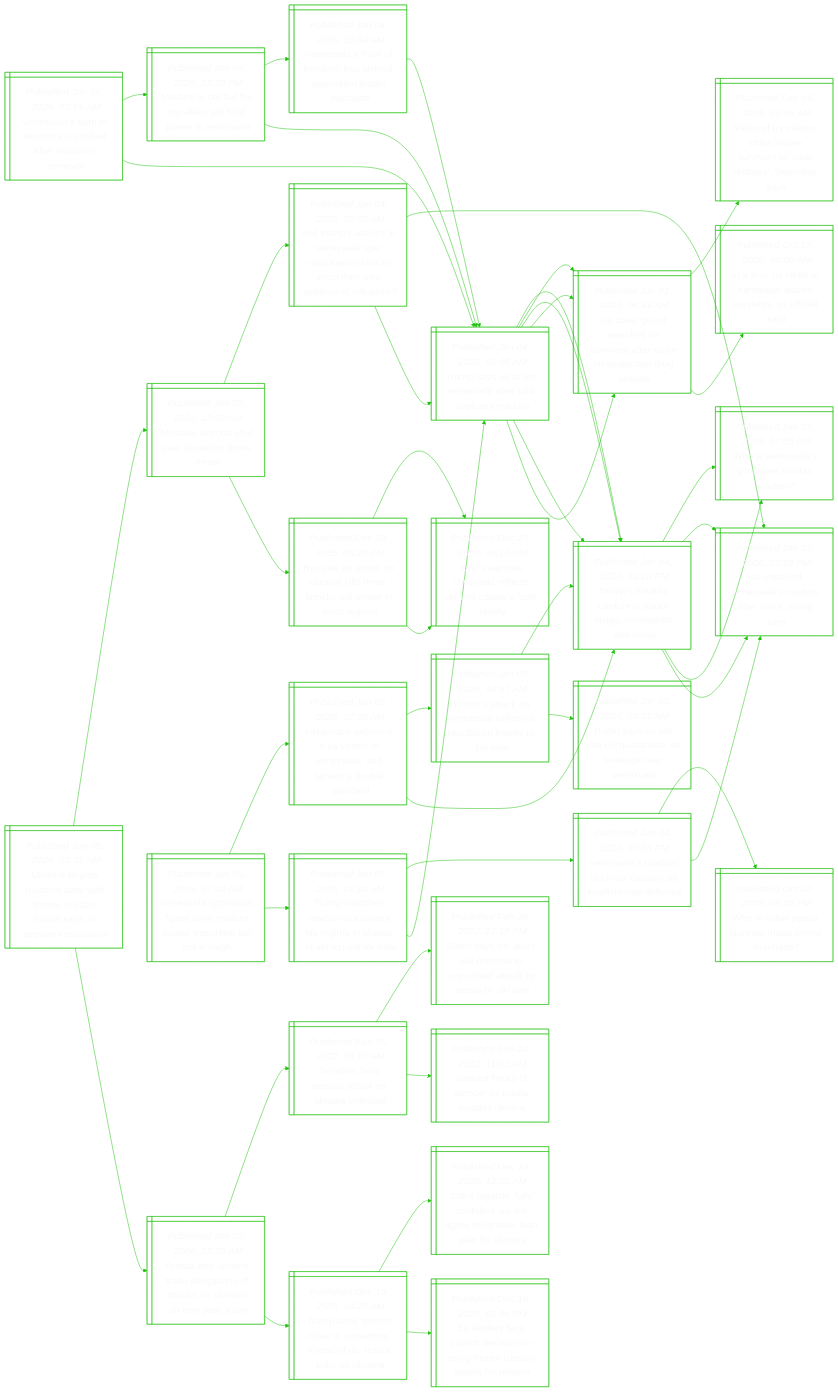
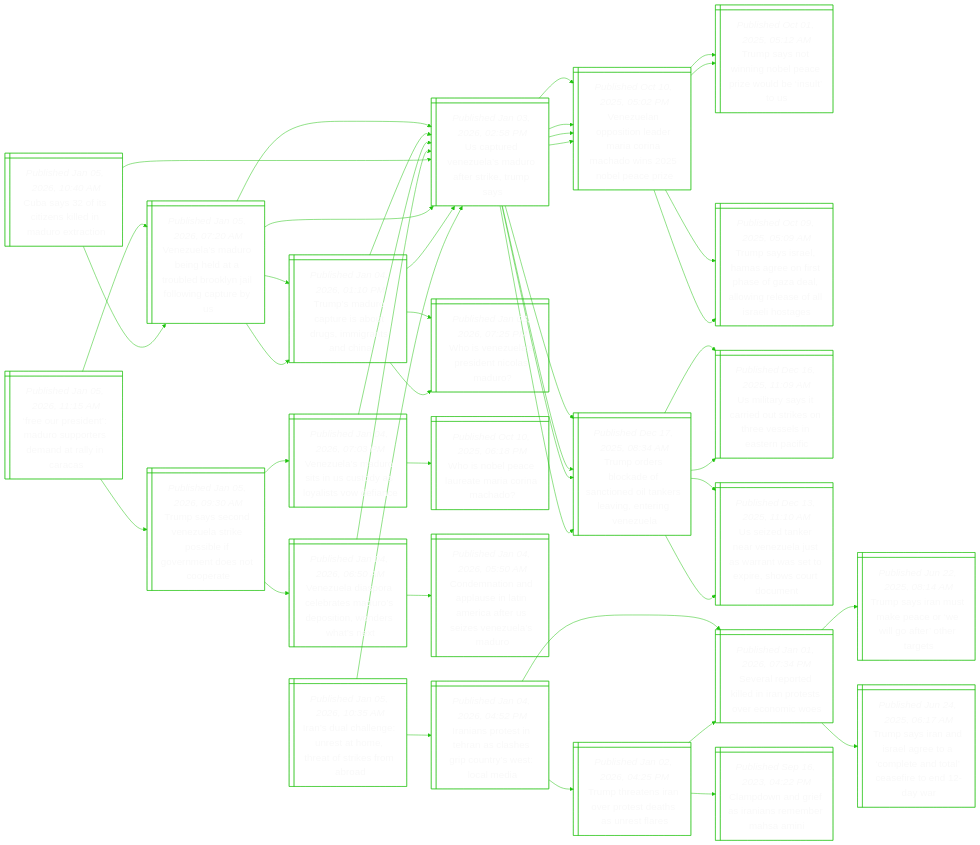
One commit to notJmes/notJmes changed the diagram in README.md. Above: the diagram before and after it, drawn with Mermaid. The commit also changed other lines of this file, not shown here.

````diff
--- a/README.md
+++ b/README.md
@@ -16,139 +16,142 @@
 flowchart LR
 classDef txtsize font-size:20px;
 
-Vupotilfasv@{ shape: win-pane, label: "_Published Jan 05, 2026, 07:55 AM_
-Venezuela’s path to elections is unclear after maduro’s removal" }
-TsSnzaraeu@{ shape: win-pane, label: "_Published Jan 04, 2026, 01:05 AM_
-Trump says us to run venezuela after raid captures maduro" }
-Usrrfrreiscrs@{ shape: win-pane, label: "_Published Jan 01, 2026, 06:44 AM_
-Us coast guard searches for survivors after strike on suspected drug vessels" }
-Irseravrrfas@{ shape: win-pane, label: "_Published Oct 17, 2025, 08:00 AM_
-In a first, us strike in caribbean leaves survivors, us official says" }
-Voiriorrlisms@{ shape: win-pane, label: "_Published Dec 05, 2025, 01:36 AM_
-Video of us military strike shows survivors in ‘clear distress’, lawmaker says" }
+Fustrpraria@{ shape: win-pane, label: "_Published Jan 05, 2026, 11:15 AM_
+‘free our president’: maduro supporters demand at rally in caracas" }
+VuMogaodkalnty@{ shape: win-pane, label: "_Published Jan 05, 2026, 07:20 AM_
+Venezuela’s maduro being held at a troubled brooklyn jail following capture by us" }
+UtVuMorkms@{ shape: win-pane, label: "_Published Jan 03, 2026, 02:58 PM_
+Us captured venezuela’s maduro after strike, trump says" }
+Vuoilranhibai@{ shape: win-pane, label: "_Published Oct 10, 2025, 05:02 PM_
+Venezuelan opposition leader maria corina machado wins 2025 nobel peace prize" }
+Toskftdasitgz@{ shape: win-pane, label: "_Published Dec 17, 2025, 08:34 AM_
+Trump orders blockade of sanctioned oil tankers leaving, entering venezuela" }
 Tsrtstsgsh@{ shape: win-pane, label: "_Published Jan 04, 2026, 01:10 PM_
 Trump’s maduro capture is about drugs, immigrants and china" }
 UtVuMorkms@{ shape: win-pane, label: "_Published Jan 03, 2026, 02:58 PM_
 Us captured venezuela’s maduro after strike, trump says" }
 WVuPdisr@{ shape: win-pane, label: "_Published Jan 03, 2026, 07:25 PM_
 Who is venezuela’s president nicolas maduro?" }
-Motiaslpiea@{ shape: win-pane, label: "_Published Jan 04, 2026, 12:30 PM_
-Maduro is out but his top allies still hold power in venezuela" }
-TsSnzaraeu@{ shape: win-pane, label: "_Published Jan 04, 2026, 01:05 AM_
-Trump says us to run venezuela after raid captures maduro" }
-Usrrfrreiscrs@{ shape: win-pane, label: "_Published Jan 01, 2026, 06:44 AM_
-Us coast guard searches for survivors after strike on suspected drug vessels" }
-Tsrtstsgsh@{ shape: win-pane, label: "_Published Jan 04, 2026, 01:10 PM_
-Trump’s maduro capture is about drugs, immigrants and china" }
-Vuhfdsvpiaao@{ shape: win-pane, label: "_Published Jan 04, 2026, 03:04 AM_
-Venezuela's 'hour of freedom' has arrived: opposition leader machado" }
-TsSnzaraeu@{ shape: win-pane, label: "_Published Jan 04, 2026, 01:05 AM_
-Trump says us to run venezuela after raid captures maduro" }
-
-Vupotilfasv:::txtsize --> TsSnzaraeu:::txtsize
-TsSnzaraeu:::txtsize --> Usrrfrreiscrs:::txtsize
-Usrrfrreiscrs:::txtsize --> Irseravrrfas:::txtsize
-Usrrfrreiscrs:::txtsize --> Voiriorrlisms:::txtsize
-TsSnzaraeu:::txtsize --> Tsrtstsgsh:::txtsize
-Tsrtstsgsh:::txtsize --> UtVuMorkms:::txtsize
-Tsrtstsgsh:::txtsize --> WVuPdisr:::txtsize
-Vupotilfasv:::txtsize --> Motiaslpiea:::txtsize
-Motiaslpiea:::txtsize --> TsSnzaraeu:::txtsize
-TsSnzaraeu:::txtsize --> Usrrfrreiscrs:::txtsize
-TsSnzaraeu:::txtsize --> Tsrtstsgsh:::txtsize
-Motiaslpiea:::txtsize --> Vuhfdsvpiaao:::txtsize
-Vuhfdsvpiaao:::txtsize --> TsSnzaraeu:::txtsize
-
-Ungodwrisypnao@{ shape: win-pane, label: "_Published Jan 05, 2026, 07:35 AM_
-Ukraine targets moscow daily with drones in 2026, russia says, in apparent escalation" }
-Rakeegntsvner@{ shape: win-pane, label: "_Published Jan 02, 2026, 12:25 AM_
-Russia and ukraine trade allegations of attacks on civilians on new year’s day" }
-TsegemnaSikke@{ shape: win-pane, label: "_Published Dec 19, 2025, 04:20 AM_
-Trump says ‘getting close to something’ ahead of us, russia talks on ukraine" }
-EdaueosrRaeri@{ shape: win-pane, label: "_Published Dec 18, 2025, 03:36 PM_
-Eu leaders face crunch decision on using frozen russian assets for ukraine" }
-EaeyiElernpoa@{ shape: win-pane, label: "_Published Dec 19, 2025, 12:15 AM_
-Ecb’s lagarde ‘fully confident’ eu will agree reparation loan plan for ukraine" }
-Tiwitnifd@{ shape: win-pane, label: "_Published Feb 25, 2022, 08:15 AM_
-Timeline: how russia's attack on ukraine unfolded" }
-DsruasvUn@{ shape: win-pane, label: "_Published Feb 24, 2022, 11:01 AM_
-'darkest hours of europe' as russia invades ukraine" }
-BsSeloutdcuoa@{ shape: win-pane, label: "_Published Feb 24, 2022, 12:18 PM_
-Biden says us, allies will respond to 'unjustified' attack by russia on ukraine" }
-Mwoheanea@{ shape: win-pane, label: "_Published Jan 05, 2026, 12:32 AM_
-Moscow airports shut over ukrainian drone threat" }
-Raakrktksonrn@{ shape: win-pane, label: "_Published Dec 23, 2025, 05:23 PM_
-Russian air attack on ukraine kills three, knocks out power in most regions" }
-Kwmiseketpey@{ shape: win-pane, label: "_Published Dec 23, 2025, 06:10 PM_
-Kyiv’s wartime christmas reflects ukraine capital’s ‘split’ reality" }
-Kwmiseketpey@{ shape: win-pane, label: "_Published Dec 23, 2025, 06:10 PM_
-Kyiv’s wartime christmas reflects ukraine capital’s ‘split’ reality" }
-Wraneeusdaeenrie@{ shape: win-pane, label: "_Published Jan 04, 2026, 09:30 AM_
-Will trump’s actions in venezuela spur russia and china to erect their own spheres of influence?" }
-TsSnzaraeu@{ shape: win-pane, label: "_Published Jan 04, 2026, 01:05 AM_
-Trump says us to run venezuela after raid captures maduro" }
-UtVuMorkms@{ shape: win-pane, label: "_Published Jan 03, 2026, 02:58 PM_
-Us captured venezuela’s maduro after strike, trump says" }
-
-Ungodwrisypnao:::txtsize --> Rakeegntsvner:::txtsize
-Rakeegntsvner:::txtsize --> TsegemnaSikke:::txtsize
-TsegemnaSikke:::txtsize --> EdaueosrRaeri:::txtsize
-TsegemnaSikke:::txtsize --> EaeyiElernpoa:::txtsize
-Rakeegntsvner:::txtsize --> Tiwitnifd:::txtsize
-Tiwitnifd:::txtsize --> DsruasvUn:::txtsize
-Tiwitnifd:::txtsize --> BsSeloutdcuoa:::txtsize
-Ungodwrisypnao:::txtsize --> Mwoheanea:::txtsize
-Mwoheanea:::txtsize --> Raakrktksonrn:::txtsize
-Raakrktksonrn:::txtsize --> Kwmiseketpey:::txtsize
-Raakrktksonrn:::txtsize --> Kwmiseketpey:::txtsize
-Mwoheanea:::txtsize --> Wraneeusdaeenrie:::txtsize
-Wraneeusdaeenrie:::txtsize --> TsSnzaraeu:::txtsize
-Wraneeusdaeenrie:::txtsize --> UtVuMorkms:::txtsize
-
-Vuptisaorrbtg@{ shape: win-pane, label: "_Published Jan 05, 2026, 07:34 AM_
-Venezuela opposition figure says maduro ouster ‘important but not enough’" }
-Tshduvsmhoeao@{ shape: win-pane, label: "_Published Jan 05, 2026, 01:14 AM_
-Trump snatches maduro but leaves his regime in charge of venezuela for now" }
-TsSnzaraeu@{ shape: win-pane, label: "_Published Jan 04, 2026, 01:05 AM_
-Trump says us to run venezuela after raid captures maduro" }
-Usrrfrreiscrs@{ shape: win-pane, label: "_Published Jan 01, 2026, 06:44 AM_
-Us coast guard searches for survivors after strike on suspected drug vessels" }
-Tsrtstsgsh@{ shape: win-pane, label: "_Published Jan 04, 2026, 01:10 PM_
-Trump’s maduro capture is about drugs, immigrants and china" }
+TseVutpbgndope@{ shape: win-pane, label: "_Published Jan 05, 2026, 09:30 AM_
+Trump says second venezuela strike possible if government does not cooperate" }
 VuMoiuyytdn@{ shape: win-pane, label: "_Published Jan 04, 2026, 07:03 PM_
 Venezuela’s maduro sits in us custody as loyalists vow defiance" }
 UtVuMorkms@{ shape: win-pane, label: "_Published Jan 03, 2026, 02:58 PM_
 Us captured venezuela’s maduro after strike, trump says" }
 WNPlarrao@{ shape: win-pane, label: "_Published Oct 10, 2025, 06:18 PM_
 Who is nobel peace laureate maria corina machado?" }
-Unwmvreednutr@{ shape: win-pane, label: "_Published Jan 05, 2026, 07:00 AM_
-Ukrainians welcome a us victory in venezuela, and lament a double standard" }
+Vuireeuetoss@{ shape: win-pane, label: "_Published Jan 04, 2026, 06:50 AM_
+Venezuela diaspora celebrates maduro’s deposition, wonders what’s next" }
+UtVuMorkms@{ shape: win-pane, label: "_Published Jan 03, 2026, 02:58 PM_
+Us captured venezuela’s maduro after strike, trump says" }
+CmoauLAceeVuMo@{ shape: win-pane, label: "_Published Jan 04, 2026, 05:50 AM_
+Condemnation and applause in latin america after us seizes venezuela’s maduro" }
+
+Fustrpraria:::txtsize --> VuMogaodkalnty:::txtsize
+VuMogaodkalnty:::txtsize --> UtVuMorkms:::txtsize
+UtVuMorkms:::txtsize --> Vuoilranhibai:::txtsize
+UtVuMorkms:::txtsize --> Toskftdasitgz:::txtsize
+VuMogaodkalnty:::txtsize --> Tsrtstsgsh:::txtsize
+Tsrtstsgsh:::txtsize --> UtVuMorkms:::txtsize
+Tsrtstsgsh:::txtsize --> WVuPdisr:::txtsize
+Fustrpraria:::txtsize --> TseVutpbgndope:::txtsize
+TseVutpbgndope:::txtsize --> VuMoiuyytdn:::txtsize
+VuMoiuyytdn:::txtsize --> UtVuMorkms:::txtsize
+VuMoiuyytdn:::txtsize --> WNPlarrao:::txtsize
+TseVutpbgndope:::txtsize --> Vuireeuetoss:::txtsize
+Vuireeuetoss:::txtsize --> UtVuMorkms:::txtsize
+Vuireeuetoss:::txtsize --> CmoauLAceeVuMo:::txtsize
+
+Caitseaec@{ shape: win-pane, label: "_Published Jan 05, 2026, 10:40 AM_
+Cuba says 32 of its citizens killed in maduro extraction" }
+UtVuMorkms@{ shape: win-pane, label: "_Published Jan 03, 2026, 02:58 PM_
+Us captured venezuela’s maduro after strike, trump says" }
+Vuoilranhibai@{ shape: win-pane, label: "_Published Oct 10, 2025, 05:02 PM_
+Venezuelan opposition leader maria corina machado wins 2025 nobel peace prize" }
+TsonoeroelS@{ shape: win-pane, label: "_Published Oct 01, 2025, 05:12 AM_
+Trump says not winning nobel peace prize would be ‘insult’ to us" }
+TssHaossaaorslaoe@{ shape: win-pane, label: "_Published Oct 09, 2025, 05:09 AM_
+Trump says israel, hamas agree on first phase of gaza deal, allowing release of all israeli hostages" }
+Toskftdasitgz@{ shape: win-pane, label: "_Published Dec 17, 2025, 08:34 AM_
+Trump orders blockade of sanctioned oil tankers leaving, entering venezuela" }
+Uistitktvlanf@{ shape: win-pane, label: "_Published Dec 16, 2025, 11:09 AM_
+Us military says it carried out strikes on three vessels in eastern pacific" }
+Uznenltrwtphoon@{ shape: win-pane, label: "_Published Dec 13, 2025, 11:10 AM_
+Us seized tanker near venezuela just as warrant was set to expire, shows court document" }
+VuMogaodkalnty@{ shape: win-pane, label: "_Published Jan 05, 2026, 07:20 AM_
+Venezuela’s maduro being held at a troubled brooklyn jail following capture by us" }
+UtVuMorkms@{ shape: win-pane, label: "_Published Jan 03, 2026, 02:58 PM_
+Us captured venezuela’s maduro after strike, trump says" }
+Vuoilranhibai@{ shape: win-pane, label: "_Published Oct 10, 2025, 05:02 PM_
+Venezuelan opposition leader maria corina machado wins 2025 nobel peace prize" }
+Toskftdasitgz@{ shape: win-pane, label: "_Published Dec 17, 2025, 08:34 AM_
+Trump orders blockade of sanctioned oil tankers leaving, entering venezuela" }
 Tsrtstsgsh@{ shape: win-pane, label: "_Published Jan 04, 2026, 01:10 PM_
 Trump’s maduro capture is about drugs, immigrants and china" }
 UtVuMorkms@{ shape: win-pane, label: "_Published Jan 03, 2026, 02:58 PM_
 Us captured venezuela’s maduro after strike, trump says" }
 WVuPdisr@{ shape: win-pane, label: "_Published Jan 03, 2026, 07:25 PM_
 Who is venezuela’s president nicolas maduro?" }
-TsceelUuakie@{ shape: win-pane, label: "_Published Jan 05, 2026, 04:37 AM_
-Trump’s attack on venezuela rallies us republican hawks to his side" }
-RsSulaeveVu@{ shape: win-pane, label: "_Published Jan 05, 2026, 03:52 AM_
-Rubio says us will use oil ‘quarantine’ as leverage over venezuela" }
-Tsrtstsgsh@{ shape: win-pane, label: "_Published Jan 04, 2026, 01:10 PM_
-Trump’s maduro capture is about drugs, immigrants and china" }
 
-Vuptisaorrbtg:::txtsize --> Tshduvsmhoeao:::txtsize
-Tshduvsmhoeao:::txtsize --> TsSnzaraeu:::txtsize
-TsSnzaraeu:::txtsize --> Usrrfrreiscrs:::txtsize
-TsSnzaraeu:::txtsize --> Tsrtstsgsh:::txtsize
-Tshduvsmhoeao:::txtsize --> VuMoiuyytdn:::txtsize
-VuMoiuyytdn:::txtsize --> UtVuMorkms:::txtsize
-VuMoiuyytdn:::txtsize --> WNPlarrao:::txtsize
-Vuptisaorrbtg:::txtsize --> Unwmvreednutr:::txtsize
-Unwmvreednutr:::txtsize --> Tsrtstsgsh:::txtsize
+Caitseaec:::txtsize --> UtVuMorkms:::txtsize
+UtVuMorkms:::txtsize --> Vuoilranhibai:::txtsize
+Vuoilranhibai:::txtsize --> TsonoeroelS:::txtsize
+Vuoilranhibai:::txtsize --> TssHaossaaorslaoe:::txtsize
+UtVuMorkms:::txtsize --> Toskftdasitgz:::txtsize
+Toskftdasitgz:::txtsize --> Uistitktvlanf:::txtsize
+Toskftdasitgz:::txtsize --> Uznenltrwtphoon:::txtsize
+Caitseaec:::txtsize --> VuMogaodkalnty:::txtsize
+VuMogaodkalnty:::txtsize --> UtVuMorkms:::txtsize
+UtVuMorkms:::txtsize --> Vuoilranhibai:::txtsize
+UtVuMorkms:::txtsize --> Toskftdasitgz:::txtsize
+VuMogaodkalnty:::txtsize --> Tsrtstsgsh:::txtsize
 Tsrtstsgsh:::txtsize --> UtVuMorkms:::txtsize
 Tsrtstsgsh:::txtsize --> WVuPdisr:::txtsize
-Unwmvreednutr:::txtsize --> TsceelUuakie:::txtsize
-TsceelUuakie:::txtsize --> RsSulaeveVu:::txtsize
-TsceelUuakie:::txtsize --> Tsrtstsgsh:::txtsize
+
+Idhnrtttrfb@{ shape: win-pane, label: "_Published Jan 05, 2026, 10:35 AM_
+Iran’s dual challenge: unrest at home, threat of strikes from abroad" }
+Iaoirceptecd@{ shape: win-pane, label: "_Published Jan 04, 2026, 04:52 PM_
+Iranians protest in tehran as clashes grip country’s west: local media" }
+Saokdatocis@{ shape: win-pane, label: "_Published Jan 01, 2026, 07:34 PM_
+Several reported killed in iran protests over economic woes" }
+Tsrseeworre@{ shape: win-pane, label: "_Published Jun 22, 2025, 08:14 AM_
+Trump says iran must make peace or ‘we will go after’ other targets" }
+Tsrdeecedletdr@{ shape: win-pane, label: "_Published Jun 24, 2025, 06:17 AM_
+Trump says iran and israel agree to a ‘complete and total’ ceasefire to end 12-day war" }
+Tttreteaea@{ shape: win-pane, label: "_Published Jan 02, 2026, 04:25 PM_
+Trump threatens iran over protest deaths as unrest flares" }
+Saokdatocis@{ shape: win-pane, label: "_Published Jan 01, 2026, 07:34 PM_
+Several reported killed in iran protests over economic woes" }
+CdnerneMA@{ shape: win-pane, label: "_Published Sep 16, 2023, 04:22 PM_
+Clampdown and grief as iranians remember mahsa amini" }
+UtVuMorkms@{ shape: win-pane, label: "_Published Jan 03, 2026, 02:58 PM_
+Us captured venezuela’s maduro after strike, trump says" }
+Vuoilranhibai@{ shape: win-pane, label: "_Published Oct 10, 2025, 05:02 PM_
+Venezuelan opposition leader maria corina machado wins 2025 nobel peace prize" }
+TsonoeroelS@{ shape: win-pane, label: "_Published Oct 01, 2025, 05:12 AM_
+Trump says not winning nobel peace prize would be ‘insult’ to us" }
+TssHaossaaorslaoe@{ shape: win-pane, label: "_Published Oct 09, 2025, 05:09 AM_
+Trump says israel, hamas agree on first phase of gaza deal, allowing release of all israeli hostages" }
+Toskftdasitgz@{ shape: win-pane, label: "_Published Dec 17, 2025, 08:34 AM_
+Trump orders blockade of sanctioned oil tankers leaving, entering venezuela" }
+Uistitktvlanf@{ shape: win-pane, label: "_Published Dec 16, 2025, 11:09 AM_
+Us military says it carried out strikes on three vessels in eastern pacific" }
+Uznenltrwtphoon@{ shape: win-pane, label: "_Published Dec 13, 2025, 11:10 AM_
+Us seized tanker near venezuela just as warrant was set to expire, shows court document" }
+
+Idhnrtttrfb:::txtsize --> Iaoirceptecd:::txtsize
+Iaoirceptecd:::txtsize --> Saokdatocis:::txtsize
+Saokdatocis:::txtsize --> Tsrseeworre:::txtsize
+Saokdatocis:::txtsize --> Tsrdeecedletdr:::txtsize
+Iaoirceptecd:::txtsize --> Tttreteaea:::txtsize
+Tttreteaea:::txtsize --> Saokdatocis:::txtsize
+Tttreteaea:::txtsize --> CdnerneMA:::txtsize
+Idhnrtttrfb:::txtsize --> UtVuMorkms:::txtsize
+UtVuMorkms:::txtsize --> Vuoilranhibai:::txtsize
+Vuoilranhibai:::txtsize --> TsonoeroelS:::txtsize
+Vuoilranhibai:::txtsize --> TssHaossaaorslaoe:::txtsize
+UtVuMorkms:::txtsize --> Toskftdasitgz:::txtsize
+Toskftdasitgz:::txtsize --> Uistitktvlanf:::txtsize
+Toskftdasitgz:::txtsize --> Uznenltrwtphoon:::txtsize
 
 ```
````
